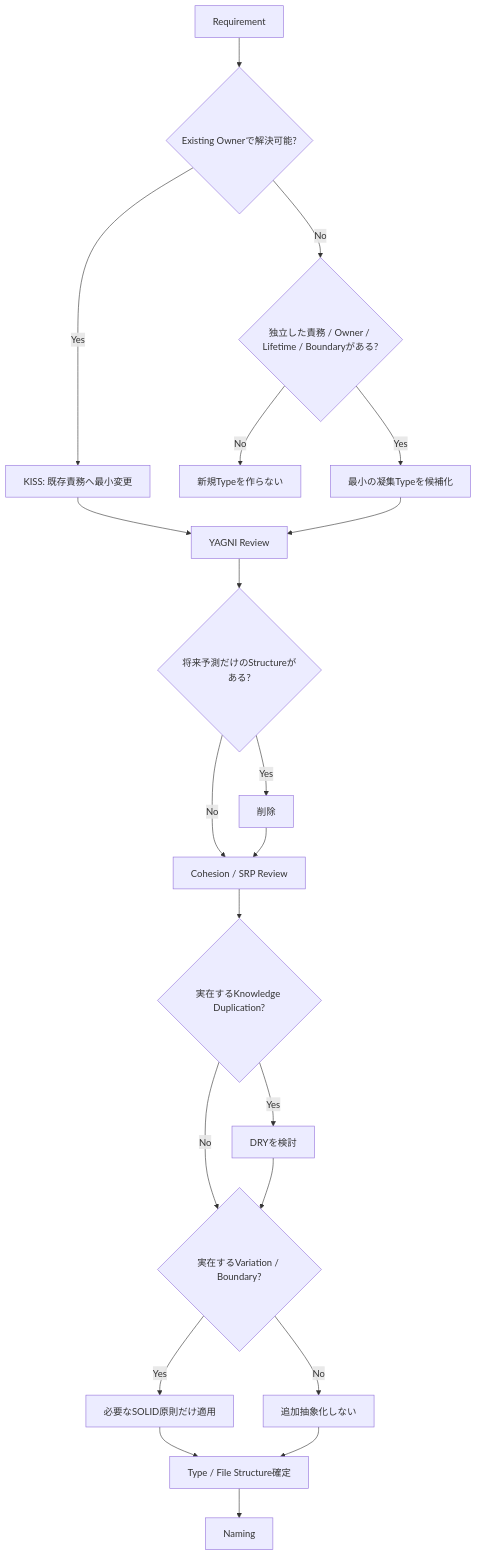
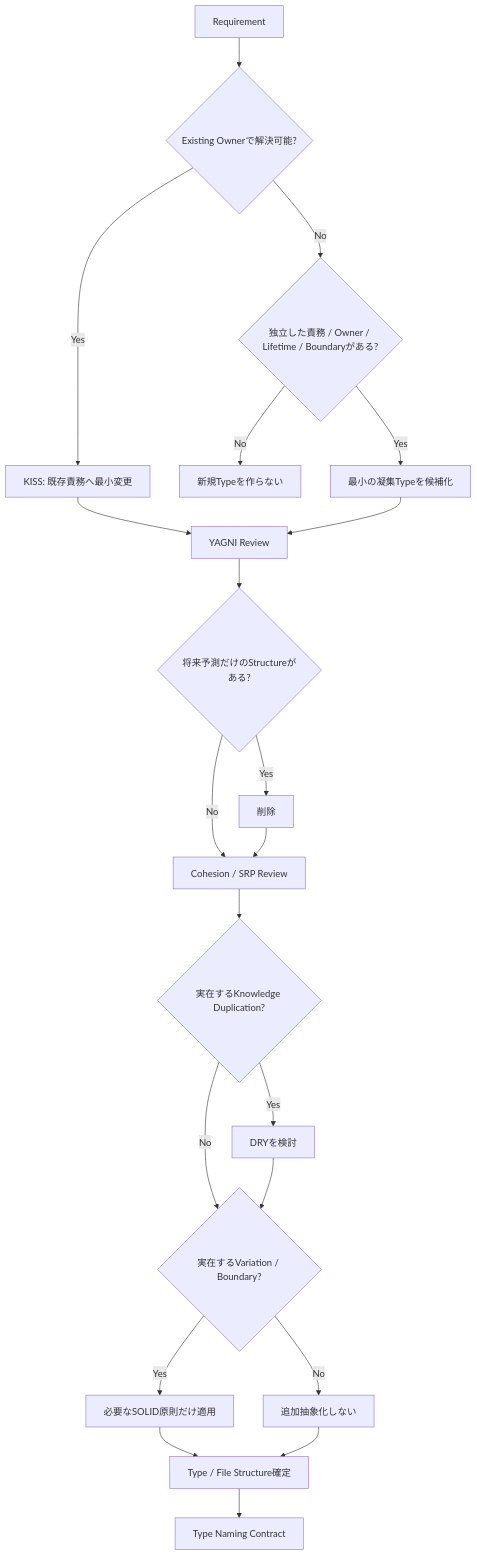
One commit to DarumaPPAP/UnityAgent changed the diagram in SkillReferences/ENGINEERING_DESIGN_PRINCIPLES.md. Above: the diagram before and after it, drawn with Mermaid. The commit also changed other lines of this file and 25 other files, not shown here.

First line of the commit message:
Add semantic type naming contract and naming golden regression (#40)

````diff
--- a/SkillReferences/ENGINEERING_DESIGN_PRINCIPLES.md
+++ b/SkillReferences/ENGINEERING_DESIGN_PRINCIPLES.md
@@ -190,23 +190,23 @@
 ```mermaid
 flowchart TD
     A["Requirement"] --> B{"Existing Ownerで解決可能?"}
     B -->|Yes| C["KISS: 既存責務へ最小変更"]
     B -->|No| D{"独立した責務 / Owner / Lifetime / Boundaryがある?"}
     D -->|No| E["新規Typeを作らない"]
     D -->|Yes| F["最小の凝集Typeを候補化"]
     C --> G["YAGNI Review"]
     F --> G
     G --> H{"将来予測だけのStructureがある?"}
     H -->|Yes| I["削除"]
     H -->|No| J["Cohesion / SRP Review"]
     I --> J
     J --> K{"実在するKnowledge Duplication?"}
     K -->|Yes| L["DRYを検討"]
     K -->|No| M{"実在するVariation / Boundary?"}
     L --> M
     M -->|Yes| N["必要なSOLID原則だけ適用"]
     M -->|No| O["追加抽象化しない"]
     N --> P["Type / File Structure確定"]
     O --> P
-    P --> Q["Naming"]
+    P --> Q["Type Naming Contract"]
 ```
````
